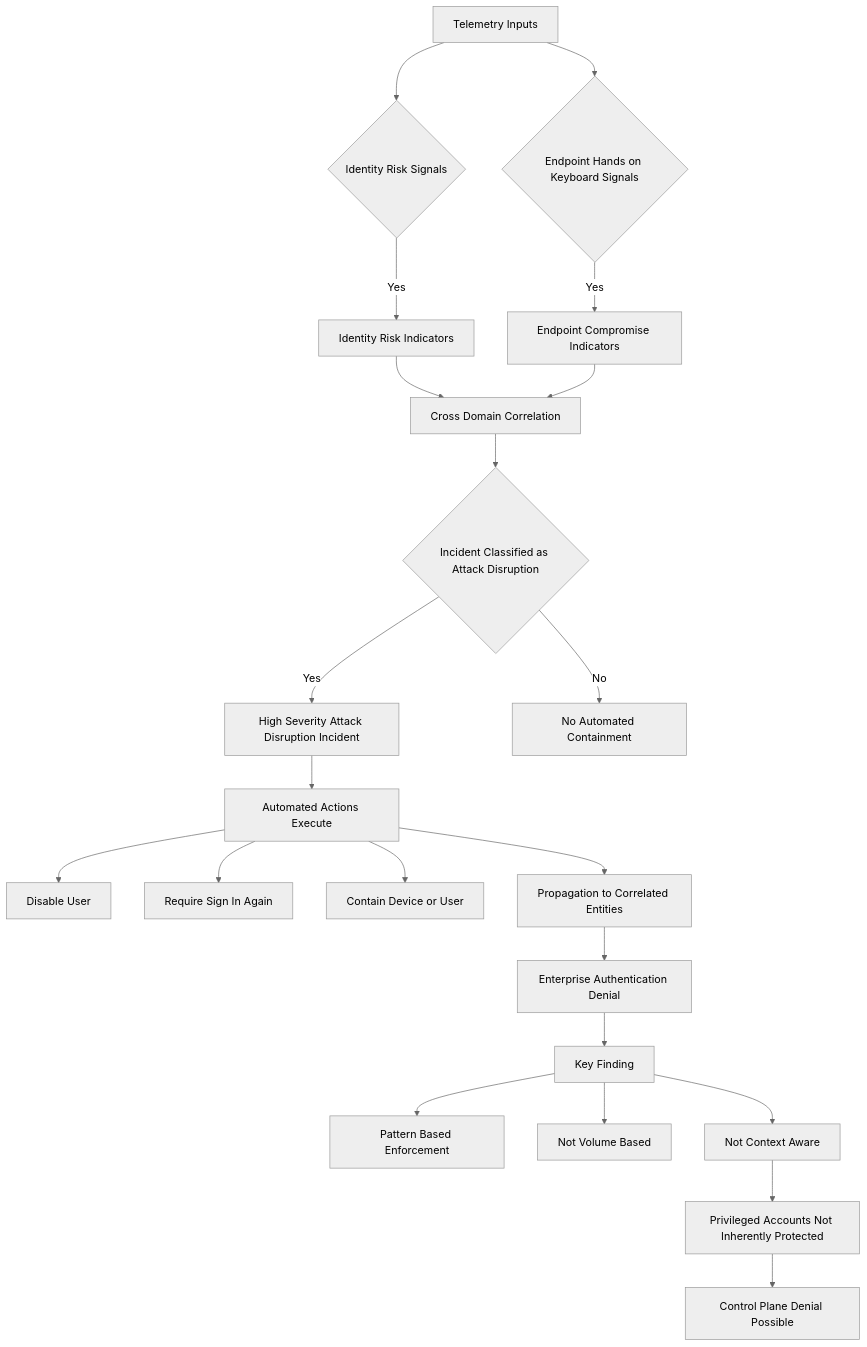
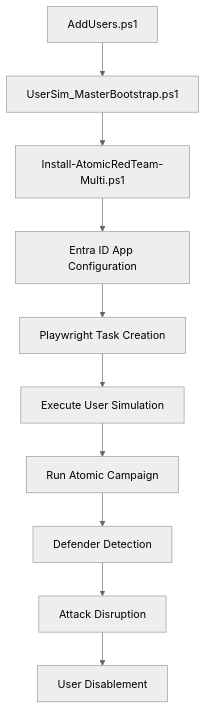
The third of 3 diagrams in README.md (tk-nub/autonomous-defense-induced-disruption-lab), drawn with Mermaid (neutral theme) before and after one commit. The commit also changed other lines of this file, not shown here.

````diff
--- a/README.md
+++ b/README.md
@@ -266,37 +161,17 @@
 ```mermaid
 flowchart TD
 
-A[Telemetry Inputs]
+A[AddUsers.ps1]
+B[UserSim_MasterBootstrap.ps1]
+C[Install-AtomicRedTeam-Multi.ps1]
+D[Entra ID App Configuration]
+E[Playwright Task Creation]
+F[Execute User Simulation]
+G[Run Atomic Campaign]
+H[Defender Detection]
+I[Attack Disruption]
+J[User Disablement]
 
-A --> B{Identity Risk Signals}
-A --> C{Endpoint Hands on Keyboard Signals}
-
-B -->|Yes| D[Identity Risk Indicators]
-C -->|Yes| E[Endpoint Compromise Indicators]
-
-D --> F[Cross Domain Correlation]
-E --> F
-
-F --> G{Incident Classified as Attack Disruption}
-
-G -->|Yes| H[High Severity Attack Disruption Incident]
-G -->|No| I[No Automated Containment]
-
-H --> J[Automated Actions Execute]
-
-J --> K[Disable User]
-J --> L[Require Sign In Again]
-J --> M[Contain Device or User]
-
-J --> N[Propagation to Correlated Entities]
-
-N --> O[Enterprise Authentication Denial]
-
-O --> P[Key Finding]
-P --> Q[Pattern Based Enforcement]
-P --> R[Not Volume Based]
-P --> S[Not Context Aware]
-
-S --> T[Privileged Accounts Not Inherently Protected]
-T --> U[Control Plane Denial Possible]
+A --> B --> C --> D --> E --> F
+F --> G --> H --> I --> J
 ```
````
